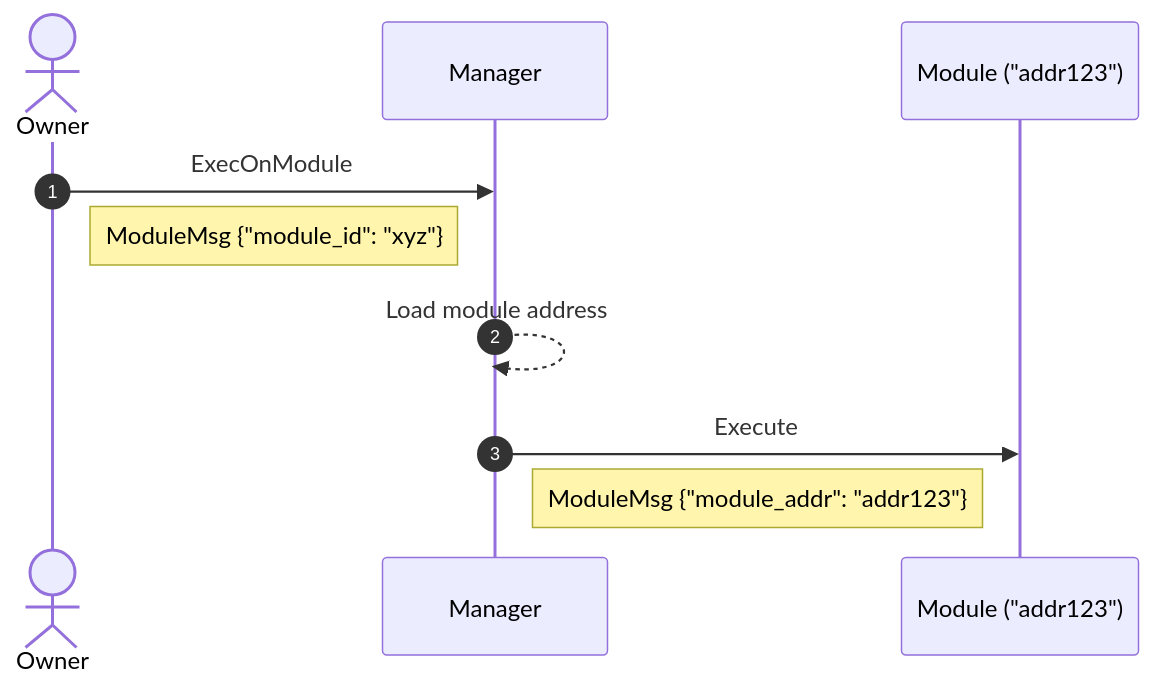
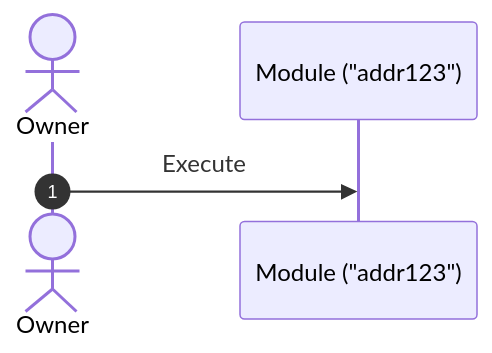
The fourth of 6 diagrams in framework/docs/src/3_framework/6_module_types.md (AbstractSDK/abstract), drawn with Mermaid before and after one commit. The commit also changed other lines of this file and 2 other files, not shown here.

Commit message:
update module types doc

````diff
--- a/framework/docs/src/3_framework/6_module_types.md
+++ b/framework/docs/src/3_framework/6_module_types.md
@@ -186,12 +197,7 @@
 ```mermaid
 sequenceDiagram
     autonumber
     actor U as Owner
-    participant M as Manager
     participant Md as Module ("addr123")
-    U ->> M: ExecOnModule
-    Note right of U: ModuleMsg {"module_id": "xyz"}
-    M -->> M: Load module address
-    M ->> Md: Execute
-    Note right of M: ModuleMsg {"module_addr": "addr123"}
+    U ->> Md: Execute
 ```
````
